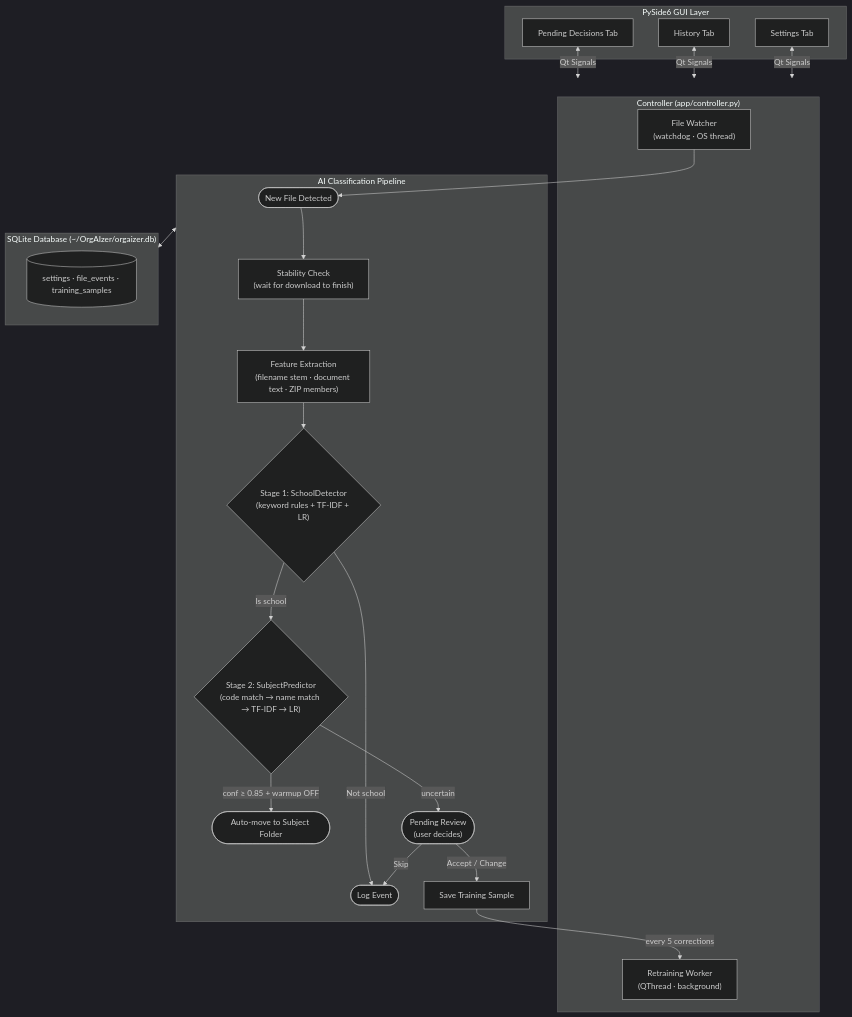
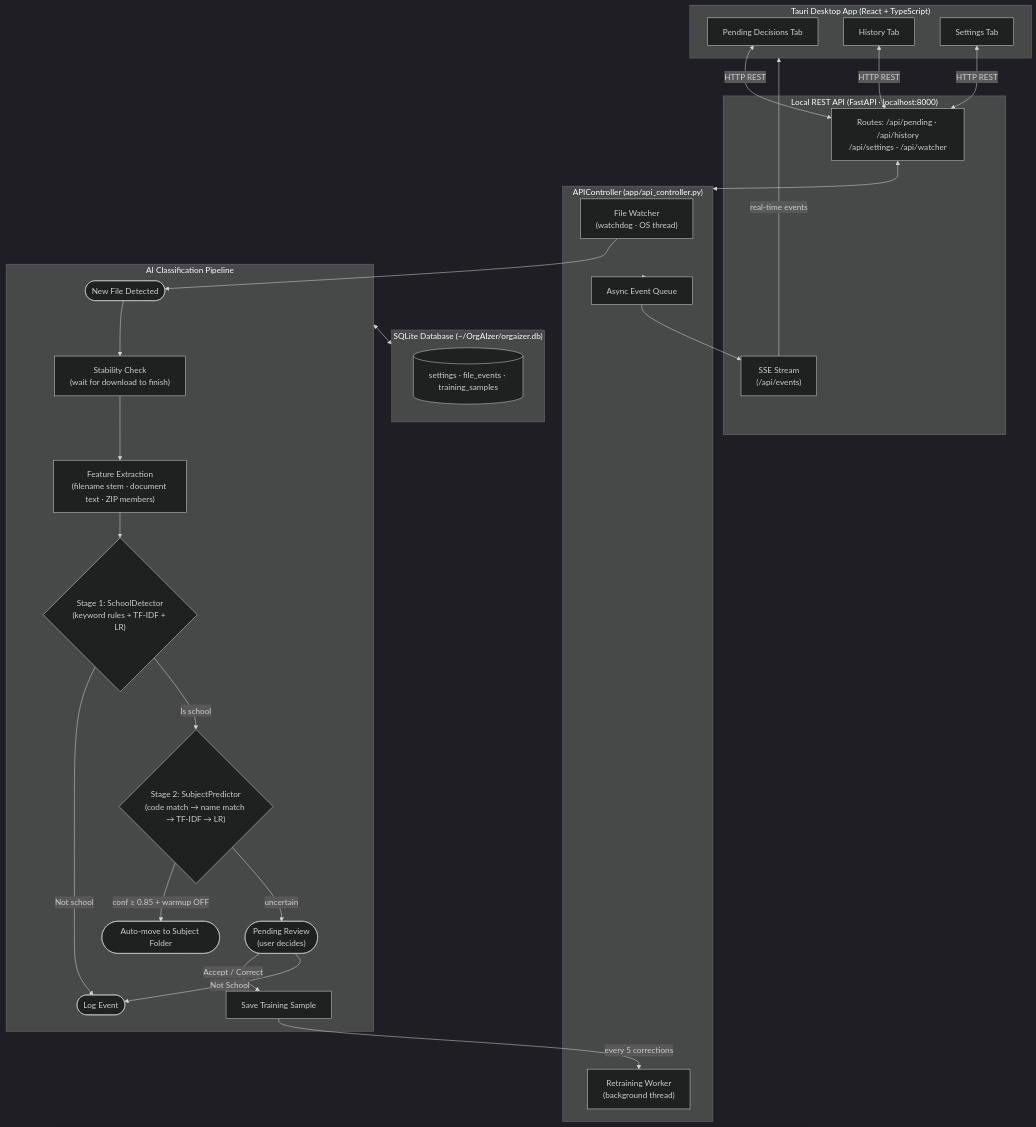
The first of 2 diagrams in docs/CS180_Final_Report.md (duckycodess/orgAIzer), drawn with Mermaid (dark theme) before and after one commit. The commit also changed other lines of this file, not shown here.

Commit message:
docs: update final report for Tauri + FastAPI architecture

````diff
--- a/docs/CS180_Final_Report.md
+++ b/docs/CS180_Final_Report.md
@@ -154,41 +154,51 @@
 ```mermaid
 graph TD
-    subgraph GUI["PySide6 GUI Layer"]
+    subgraph GUI["Tauri Desktop App (React + TypeScript)"]
         PD["Pending Decisions Tab"]
         HT["History Tab"]
         ST["Settings Tab"]
     end
 
-    subgraph CTRL["Controller (app/controller.py)"]
+    subgraph API["Local REST API (FastAPI · localhost:8000)"]
+        ROUTES["Routes: /api/pending · /api/history\n/api/settings · /api/watcher"]
+        SSE["SSE Stream\n(/api/events)"]
+    end
+
+    subgraph CTRL["APIController (app/api_controller.py)"]
         FW["File Watcher\n(watchdog · OS thread)"]
-        RW["Retraining Worker\n(QThread · background)"]
+        RW["Retraining Worker\n(background thread)"]
+        EQ["Async Event Queue"]
     end
 
     subgraph PIPE["AI Classification Pipeline"]
         NFD(["New File Detected"])
         SC["Stability Check\n(wait for download to finish)"]
         FE["Feature Extraction\n(filename stem · document text · ZIP members)"]
         SD{"Stage 1: SchoolDetector\n(keyword rules + TF-IDF + LR)"}
         LOG(["Log Event"])
         SP{"Stage 2: SubjectPredictor\n(code match → name match → TF-IDF → LR)"}
         AM(["Auto-move to Subject Folder"])
         PR(["Pending Review\n(user decides)"])
         TS["Save Training Sample"]
     end
 
     subgraph DB["SQLite Database (~/OrgAIzer/orgaizer.db)"]
         TABLES[("settings · file_events · training_samples")]
     end
 
-    PD & HT & ST <-->|"Qt Signals"| CTRL
+    PD & HT & ST <-->|"HTTP REST"| ROUTES
+    SSE -->|"real-time events"| GUI
+    ROUTES <--> CTRL
     FW --> NFD
+    EQ --> SSE
     NFD --> SC --> FE --> SD
     SD -->|"Not school"| LOG
     SD -->|"Is school"| SP
     SP -->|"conf ≥ 0.85 + warmup OFF"| AM
     SP -->|"uncertain"| PR
-    PR -->|"Accept / Change"| TS
-    PR -->|"Skip"| LOG
+    PR -->|"Accept / Correct"| TS
+    PR -->|"Not School"| LOG
     TS -->|"every 5 corrections"| RW
+    CTRL --> EQ
     PIPE <--> DB
 ```
````
